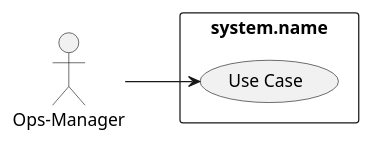
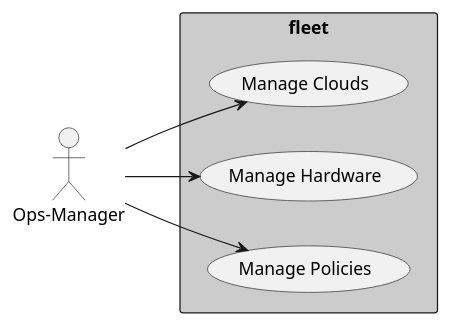
One commit to CAADE/fleet changed the diagram in docs/Actors/Ops-Manager/UseCases.puml. Above: the diagram before and after it, drawn with PlantUML. The commit also changed 44 other files, not shown here.

```diff
--- a/docs/Actors/Ops-Manager/UseCases.puml
+++ b/docs/Actors/Ops-Manager/UseCases.puml
@@ -1,13 +1,17 @@
 @startuml
 
 left to right direction
 
 :Ops-Manager: as Actor
 
-rectangle "system.name" {
-    (Use Case) as U1
+rectangle "fleet" #cccccc {
+    (Manage Clouds) as U1
+    (Manage Hardware) as U2
+    (Manage Policies) as U3
 }
 
 Actor --> U1
+Actor --> U2
+Actor --> U3
 
 @enduml
```
